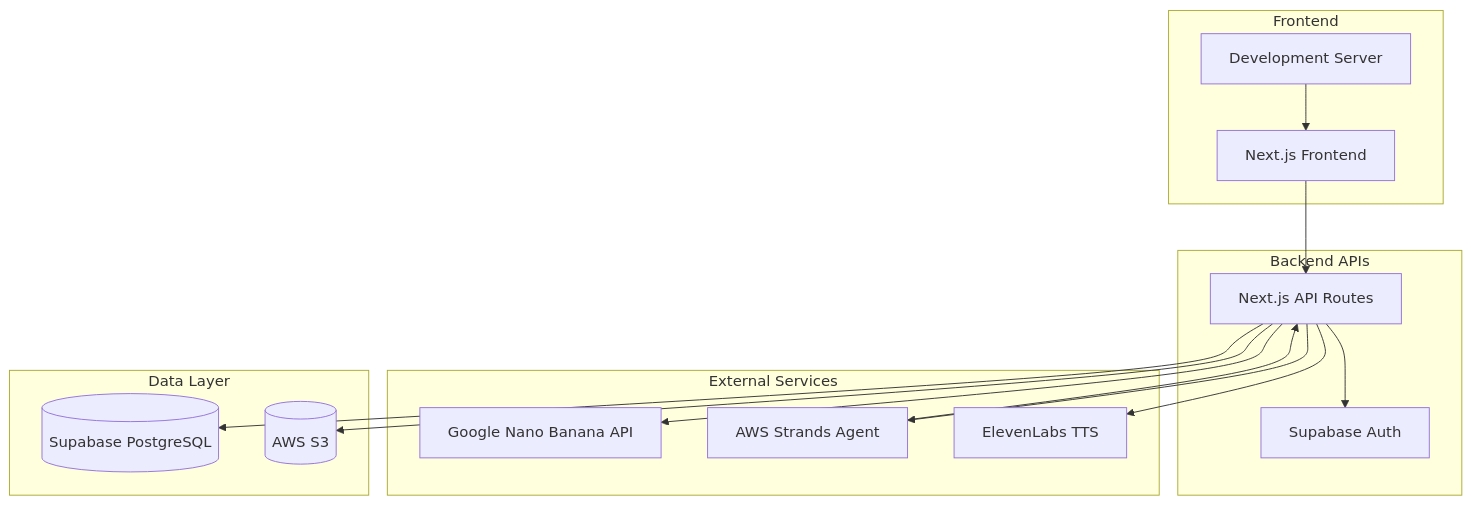
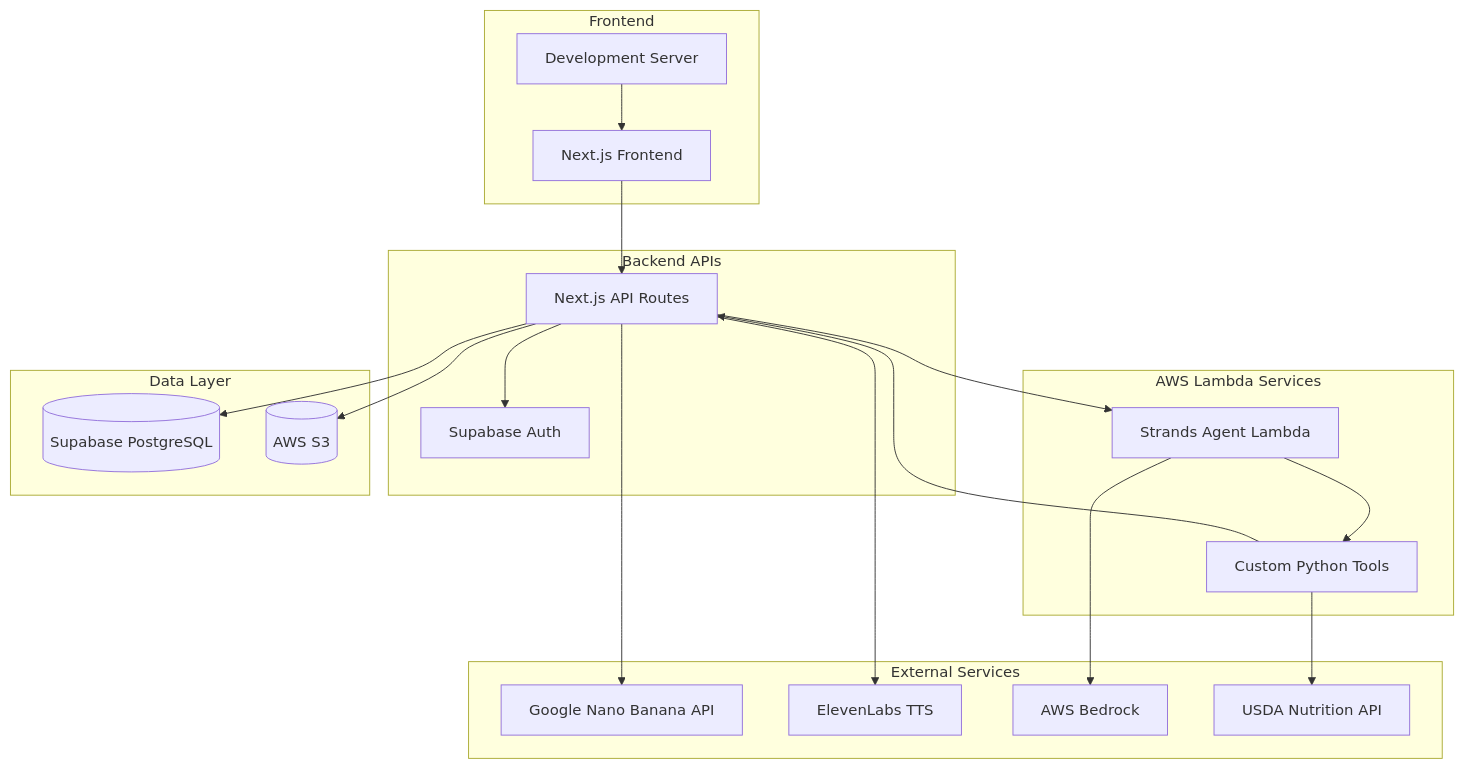
One commit to UkemeSkywalker/FoodLensAR changed the diagram in .kiro/specs/food-lens-mvp/design.md. Above: the diagram before and after it, drawn with Mermaid. The commit also changed other lines of this file and 22 other files, not shown here.

````diff
--- a/.kiro/specs/food-lens-mvp/design.md
+++ b/.kiro/specs/food-lens-mvp/design.md
@@ -11,34 +11,43 @@
 ```mermaid
 graph TB
     subgraph "Frontend"
         UI[Next.js Frontend]
         DEV[Development Server]
     end
     
     subgraph "Backend APIs"
         API[Next.js API Routes]
         AUTH[Supabase Auth]
     end
     
+    subgraph "AWS Lambda Services"
+        LAMBDA[Strands Agent Lambda]
+        TOOLS[Custom Python Tools]
+    end
+    
     subgraph "External Services"
         NANO[Google Nano Banana API]
-        STRANDS[AWS Strands Agent]
         TTS[ElevenLabs TTS]
+        BEDROCK[AWS Bedrock]
+        NUTRITION[USDA Nutrition API]
     end
     
     subgraph "Data Layer"
         DB[(Supabase PostgreSQL)]
         S3[(AWS S3)]
     end
     
     UI --> API
     DEV --> UI
     API --> AUTH
     API --> NANO
-    API --> STRANDS
     API --> TTS
+    API --> LAMBDA
     API --> DB
     API --> S3
     
-    STRANDS --> API
+    LAMBDA --> TOOLS
+    LAMBDA --> BEDROCK
+    TOOLS --> API
+    TOOLS --> NUTRITION
 ```
````
